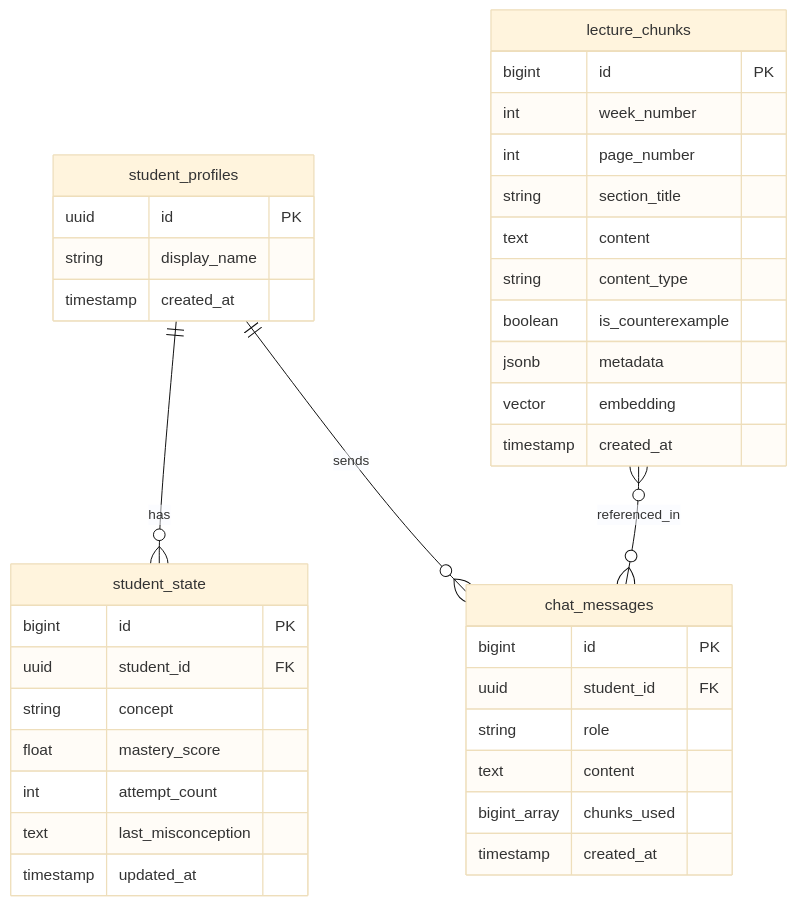
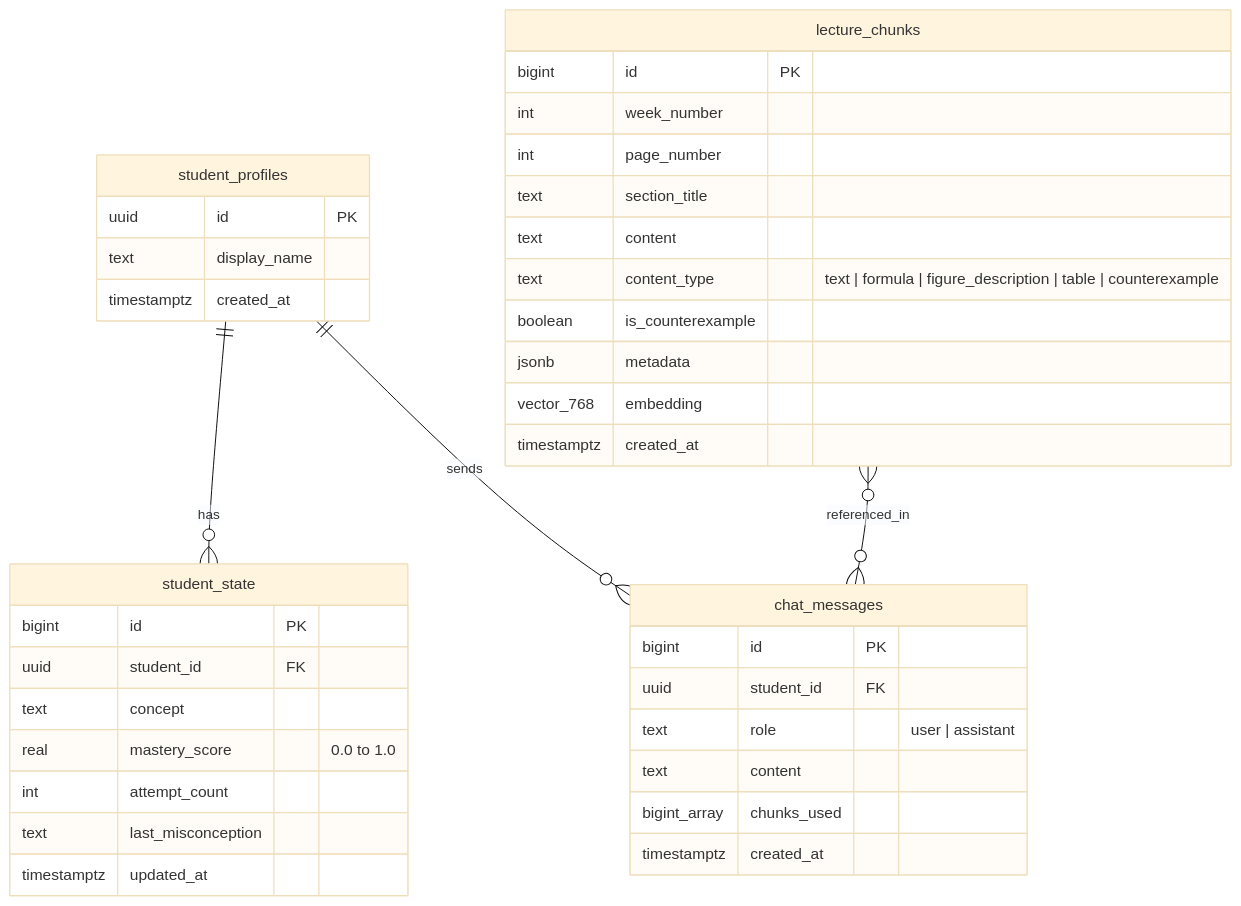
Before and after one commit to ChiShengChen/NYCU_EP_AI_tutor: the third of 3 diagrams in README.md, drawn with Mermaid (base theme). The commit also changed other lines of this file and 1 other file, not shown here.

First line of the commit message:
rewrite README with full architecture docs, add EN/zh-TW language switch

````diff
--- a/README.md
+++ b/README.md
@@ -71,44 +72,44 @@
 ```mermaid
 erDiagram
     student_profiles ||--o{ student_state : has
     student_profiles ||--o{ chat_messages : sends
     lecture_chunks }o--o{ chat_messages : referenced_in
 
     lecture_chunks {
         bigint id PK
         int week_number
         int page_number
-        string section_title
+        text section_title
         text content
-        string content_type
+        text content_type "text | formula | figure_description | table | counterexample"
         boolean is_counterexample
         jsonb metadata
-        vector embedding
-        timestamp created_at
+        vector_768 embedding
+        timestamptz created_at
     }
 
     student_profiles {
         uuid id PK
-        string display_name
-        timestamp created_at
+        text display_name
+        timestamptz created_at
     }
 
     student_state {
         bigint id PK
         uuid student_id FK
-        string concept
-        float mastery_score
+        text concept
+        real mastery_score "0.0 to 1.0"
         int attempt_count
         text last_misconception
-        timestamp updated_at
+        timestamptz updated_at
     }
 
     chat_messages {
         bigint id PK
         uuid student_id FK
-        string role
+        text role "user | assistant"
         text content
         bigint_array chunks_used
-        timestamp created_at
+        timestamptz created_at
     }
 ```
````
